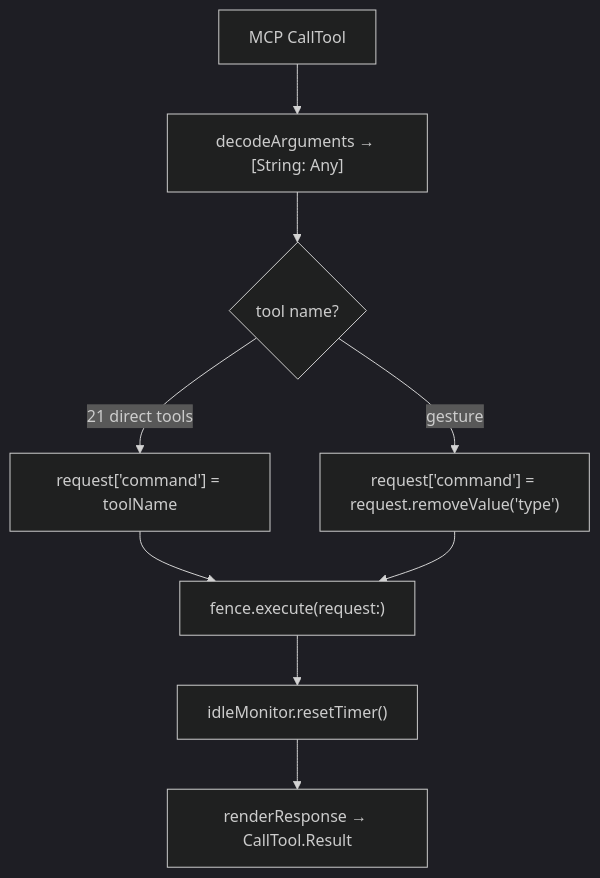
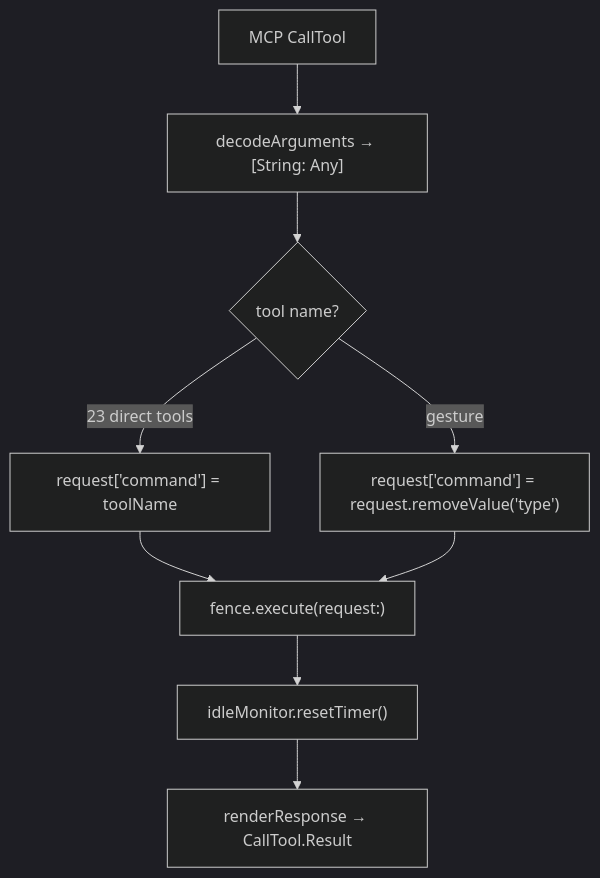
The second of 2 diagrams in docs/dossiers/12-MCP.md (RoyalPineapple/TheButtonHeist), drawn with Mermaid (dark theme) before and after one commit. The commit also changed other lines of this file and 17 other files, not shown here.

````diff
--- a/docs/dossiers/12-MCP.md
+++ b/docs/dossiers/12-MCP.md
@@ -117,13 +117,13 @@
 ```mermaid
 flowchart TD
     Call["MCP CallTool"] --> Decode["decodeArguments → [String: Any]"]
     Decode --> Switch{"tool name?"}
 
-    Switch -->|"21 direct tools"| Direct["request['command'] = toolName"]
+    Switch -->|"23 direct tools"| Direct["request['command'] = toolName"]
     Switch -->|"gesture"| Grouped["request['command'] = request.removeValue('type')"]
 
     Direct --> Execute["fence.execute(request:)"]
     Grouped --> Execute
     Execute --> Reset["idleMonitor.resetTimer()"]
     Reset --> Render["renderResponse → CallTool.Result"]
 ```
````
